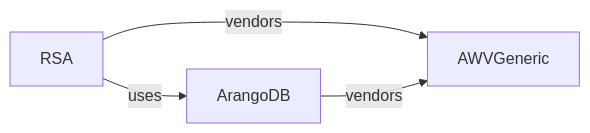
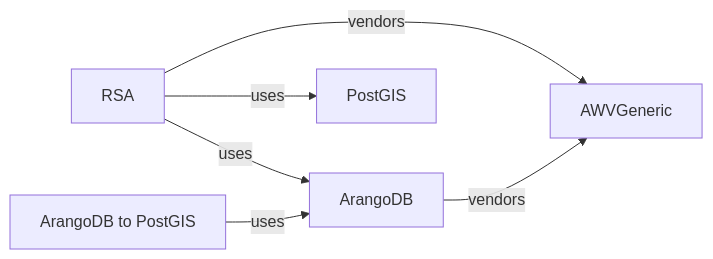
One commit to davidvlaminck/Home changed the diagram in repos.mmd. Above: the diagram before and after it, drawn with Mermaid. The commit also changed 1 other file, not shown here.

```diff
--- a/repos.mmd
+++ b/repos.mmd
@@ -1,8 +1,12 @@
 flowchart LR
     awv_generic["AWVGeneric"]
     rsa["RSA"]
     arango_db["ArangoDB"]
+    arango_db_to_postgis["ArangoDB to PostGIS"]
+    postgis["PostGIS"]
 
     rsa -->|vendors| awv_generic
     rsa -->|uses| arango_db
+    rsa -->|uses| postgis
     arango_db -->|vendors| awv_generic
+    arango_db_to_postgis -->|uses| arango_db
```
